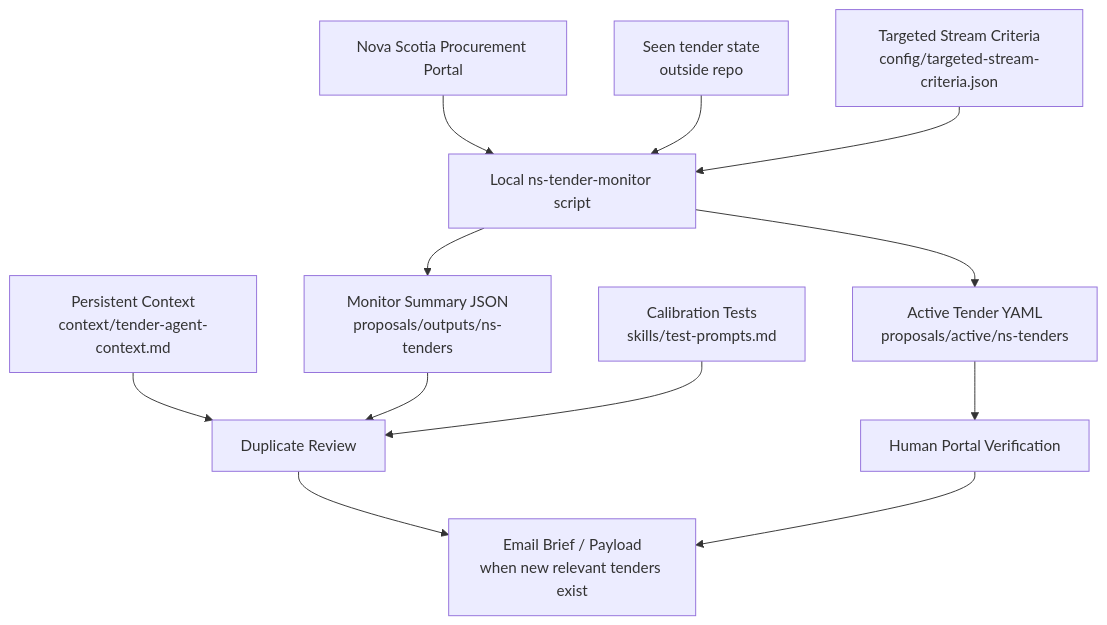
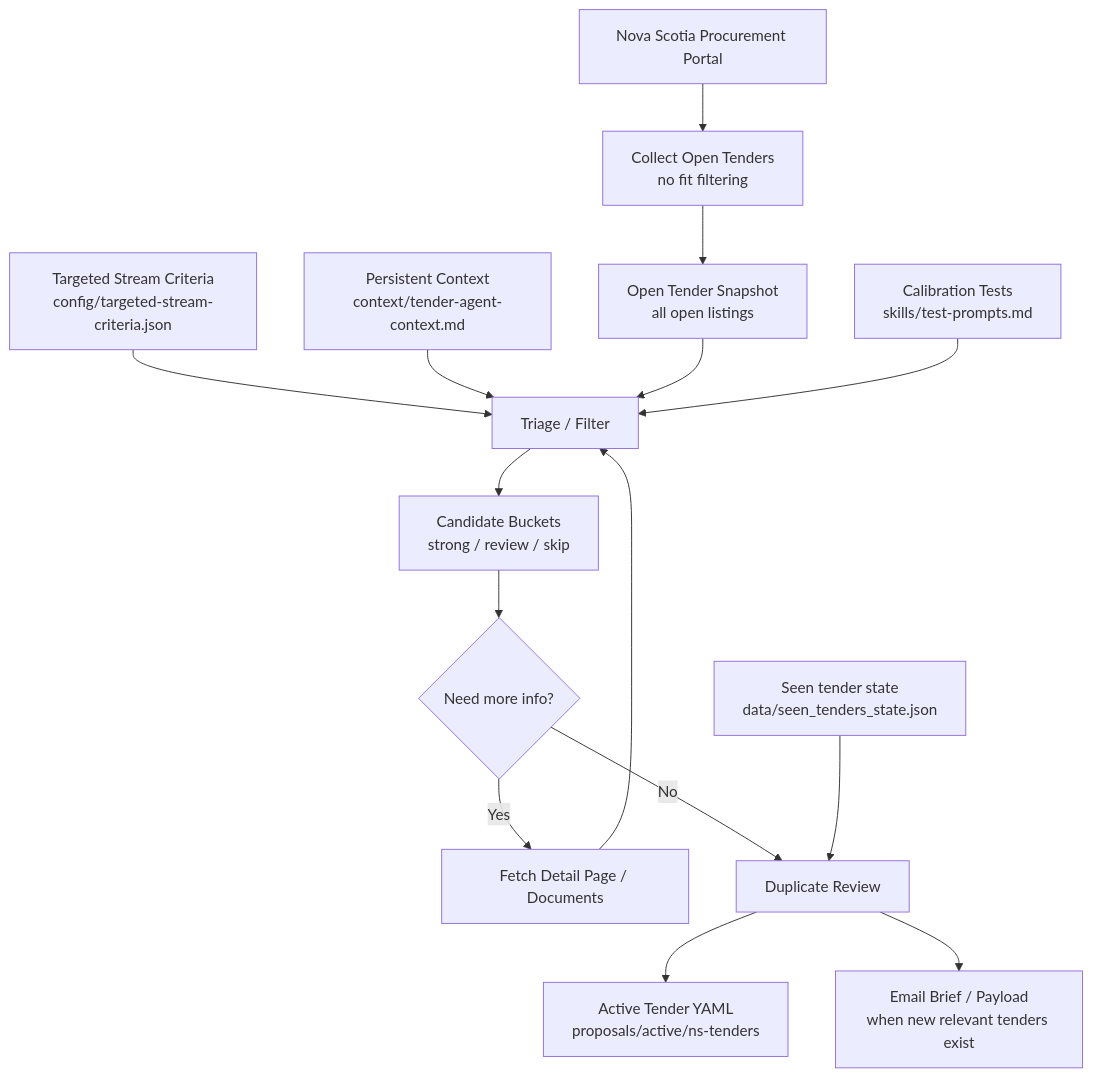
One commit to jayapatel1511-hub/Tender-Agent changed the diagram in docs/agent_flow.md. Above: the diagram before and after it, drawn with Mermaid. The commit also changed other lines of this file and 34 other files, not shown here.

Commit message:
Add local tender database workflow

````diff
--- a/docs/agent_flow.md
+++ b/docs/agent_flow.md
@@ -5,14 +5,17 @@
 ```mermaid
 flowchart TD
-    A["Nova Scotia Procurement Portal"] --> B["Local ns-tender-monitor script"]
-    C["Seen tender state<br/>outside repo"] --> B
-    D["Targeted Stream Criteria<br/>config/targeted-stream-criteria.json"] --> B
-    M["Persistent Context<br/>context/tender-agent-context.md"] --> G
-    B --> E["Monitor Summary JSON<br/>proposals/outputs/ns-tenders"]
-    B --> F["Active Tender YAML<br/>proposals/active/ns-tenders"]
-    E --> G["Duplicate Review"]
-    F --> H["Human Portal Verification"]
-    G --> I["Email Brief / Payload<br/>when new relevant tenders exist"]
-    H --> I
-    T["Calibration Tests<br/>skills/test-prompts.md"] --> G
+    A["Nova Scotia Procurement Portal"] --> B["Collect Open Tenders<br/>no fit filtering"]
+    B --> C["Open Tender Snapshot<br/>all open listings"]
+    D["Targeted Stream Criteria<br/>config/targeted-stream-criteria.json"] --> E["Triage / Filter"]
+    M["Persistent Context<br/>context/tender-agent-context.md"] --> E
+    C --> E
+    E --> F["Candidate Buckets<br/>strong / review / skip"]
+    F --> G{"Need more info?"}
+    G -->|"Yes"| H["Fetch Detail Page / Documents"]
+    H --> E
+    G -->|"No"| I["Duplicate Review"]
+    S["Seen tender state<br/>data/seen_tenders_state.json"] --> I
+    T["Calibration Tests<br/>skills/test-prompts.md"] --> E
+    I --> J["Active Tender YAML<br/>proposals/active/ns-tenders"]
+    I --> K["Email Brief / Payload<br/>when new relevant tenders exist"]
 ```
````
